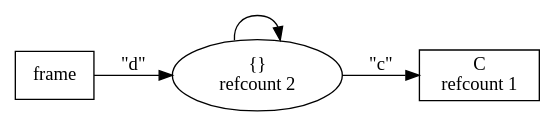
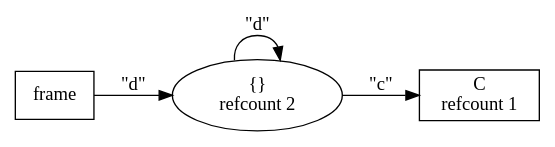
Before and after one commit to ajdavis/what-to-expect-when-youre-expiring: the diagram in dot/example_0_1_0.dot, drawn with Graphviz. The commit also changed 3 other files, not shown here.

```diff
--- a/dot/example_0_1_0.dot
+++ b/dot/example_0_1_0.dot
@@ -1,9 +1,9 @@
 digraph cycle {
     rankdir = LR
 	frame [shape = rect]
 	d [label = "{}\nrefcount 2"]
 	frame -> d [label = "\"d\""]
     "C\nrefcount 1" [shape = rect]
 	d -> "C\nrefcount 1" [label = "\"c\""]
-	d -> d
+	d -> d [label = "\"d\""]
 }
```
